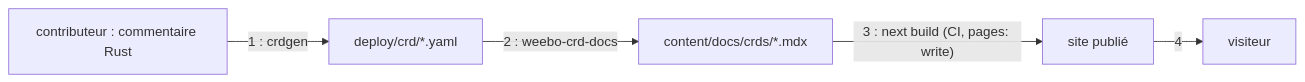
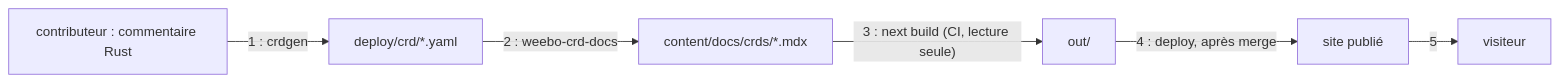
The fourth of 4 diagrams in docs/rfc-0004-crd-reference-nested-fields.md (batleforc/weebo-operator-kit), drawn with Mermaid before and after one commit. The commit also changed other lines of this file, not shown here.

````diff
--- a/docs/rfc-0004-crd-reference-nested-fields.md
+++ b/docs/rfc-0004-crd-reference-nested-fields.md
@@ -408,7 +568,8 @@
 ```mermaid
 flowchart LR
     A["contributeur : commentaire Rust"] -- "1 : crdgen" --> Y["deploy/crd/*.yaml"]
     Y -- "2 : weebo-crd-docs" --> M["content/docs/crds/*.mdx"]
-    M -- "3 : next build (CI, pages: write)" --> H["site publié"]
-    H -- "4" --> V["visiteur"]
+    M -- "3 : next build (CI, lecture seule)" --> O["out/"]
+    O -- "4 : deploy, après merge" --> H["site publié"]
+    H -- "5" --> V["visiteur"]
 ```
````
